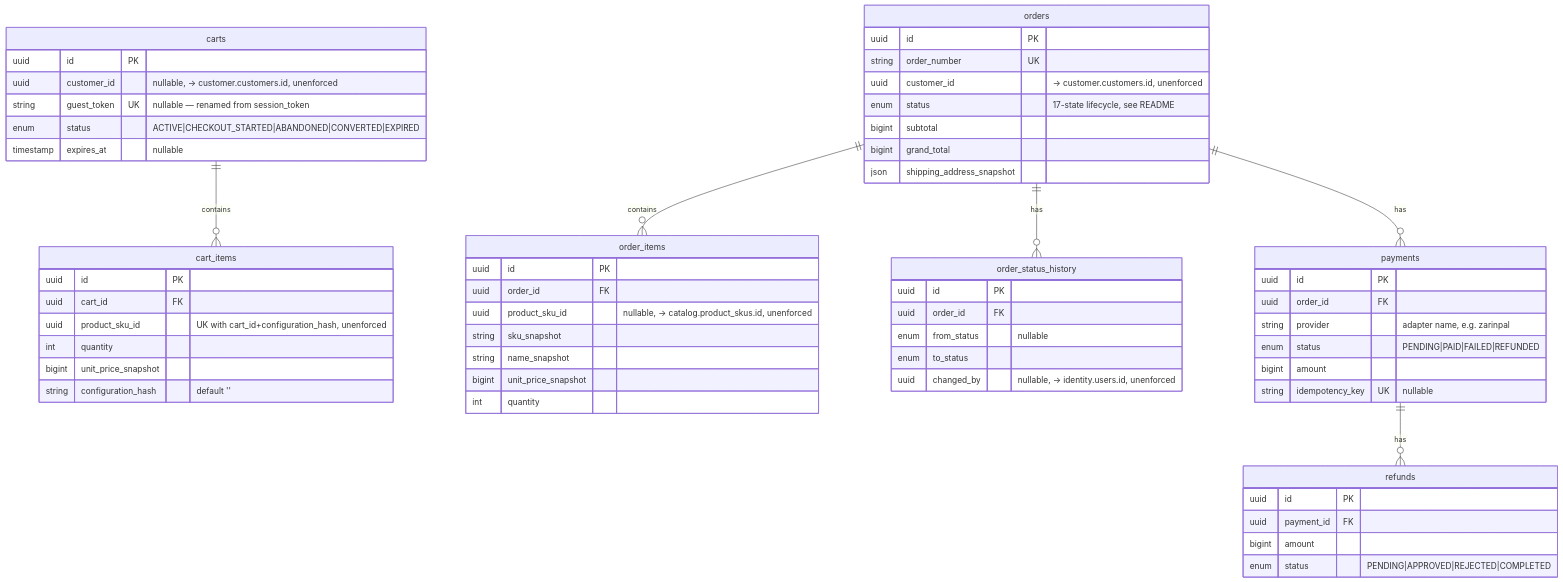
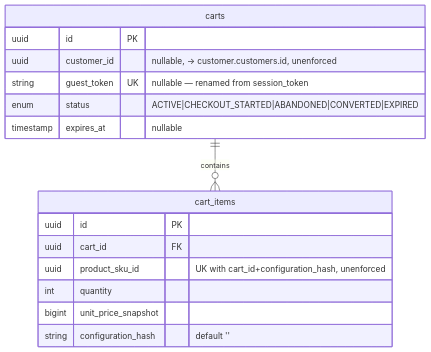
Before and after one commit to HuseinHbz/Didar: the sixth of 12 diagrams in docs/database/erd.md, drawn with Mermaid. The commit also changed other lines of this file and 12 other files, not shown here.

````diff
--- a/docs/database/erd.md
+++ b/docs/database/erd.md
@@ -510,63 +522,20 @@
 ```mermaid
 erDiagram
     carts ||--o{ cart_items : contains
-    orders ||--o{ order_items : contains
-    orders ||--o{ order_status_history : has
-    orders ||--o{ payments : has
-    payments ||--o{ refunds : has
 
     carts {
         uuid id PK
         uuid customer_id "nullable, -> customer.customers.id, unenforced"
         string guest_token UK "nullable — renamed from session_token"
         enum status "ACTIVE|CHECKOUT_STARTED|ABANDONED|CONVERTED|EXPIRED"
         timestamp expires_at "nullable"
     }
     cart_items {
         uuid id PK
         uuid cart_id FK
         uuid product_sku_id "UK with cart_id+configuration_hash, unenforced"
         int quantity
         bigint unit_price_snapshot
         string configuration_hash "default ''"
     }
-    orders {
-        uuid id PK
-        string order_number UK
-        uuid customer_id "-> customer.customers.id, unenforced"
-        enum status "17-state lifecycle, see README"
-        bigint subtotal
-        bigint grand_total
-        json shipping_address_snapshot
-    }
-    order_items {
-        uuid id PK
-        uuid order_id FK
-        uuid product_sku_id "nullable, -> catalog.product_skus.id, unenforced"
-        string sku_snapshot
-        string name_snapshot
-        bigint unit_price_snapshot
-        int quantity
-    }
-    order_status_history {
-        uuid id PK
-        uuid order_id FK
-        enum from_status "nullable"
-        enum to_status
-        uuid changed_by "nullable, -> identity.users.id, unenforced"
-    }
-    payments {
-        uuid id PK
-        uuid order_id FK
-        string provider "adapter name, e.g. zarinpal"
-        enum status "PENDING|PAID|FAILED|REFUNDED"
-        bigint amount
-        string idempotency_key UK "nullable"
-    }
-    refunds {
-        uuid id PK
-        uuid payment_id FK
-        bigint amount
-        enum status "PENDING|APPROVED|REJECTED|COMPLETED"
-    }
 ```
````
